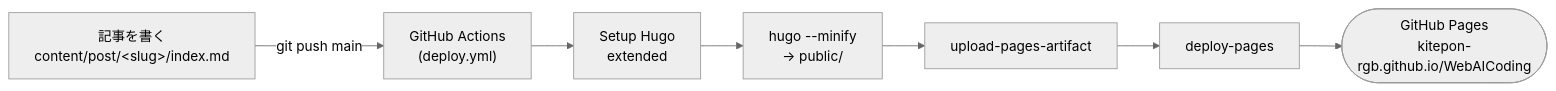
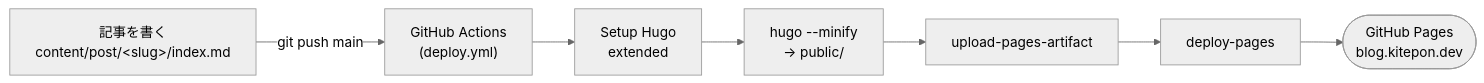
One commit to kitepon-rgb/WebAICoding changed the diagram in README.ja.md. Above: the diagram before and after it, drawn with Mermaid (neutral theme). The commit also changed other lines of this file and 2 other files, not shown here.

````diff
--- a/README.ja.md
+++ b/README.ja.md
@@ -41,9 +41,9 @@
 ```mermaid
 flowchart LR
     A["記事を書く<br/>content/post/&lt;slug&gt;/index.md"] -->|git push main| B["GitHub Actions<br/>(deploy.yml)"]
     B --> C["Setup Hugo<br/>extended"]
     C --> D["hugo --minify<br/>→ public/"]
     D --> E["upload-pages-artifact"]
     E --> F["deploy-pages"]
-    F --> G(["GitHub Pages<br/>kitepon-rgb.github.io/WebAICoding"])
+    F --> G(["GitHub Pages<br/>blog.kitepon.dev"])
 ```
````
